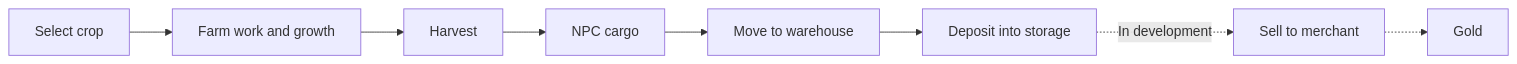
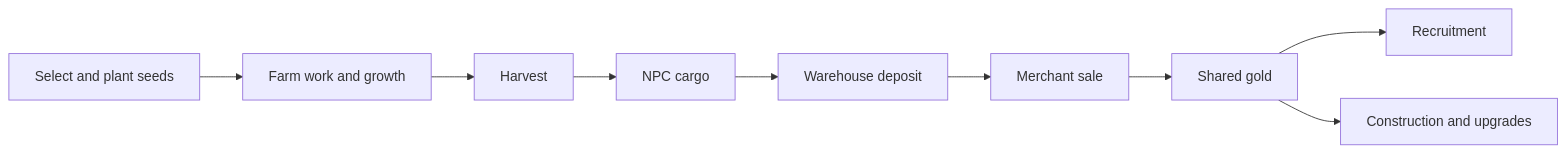
The second of 2 diagrams in README.en.md (Merkatte/NPC_2D_Private), drawn with Mermaid before and after one commit. The commit also changed other lines of this file and 1 other file, not shown here.

````diff
--- a/README.en.md
+++ b/README.en.md
@@ -88,10 +91,11 @@
 ```mermaid
 flowchart LR
-    Select[Select crop] --> Farm[Farm work and growth]
+    Seed[Select and plant seeds] --> Farm[Farm work and growth]
     Farm --> Harvest[Harvest]
     Harvest --> Cargo[NPC cargo]
-    Cargo --> Move[Move to warehouse]
-    Move --> Warehouse[Deposit into storage]
-    Warehouse -. In development .-> Trade[Sell to merchant]
-    Trade -.-> Gold[Gold]
+    Cargo --> Warehouse[Warehouse deposit]
+    Warehouse --> Trade[Merchant sale]
+    Trade --> Gold[Shared gold]
+    Gold --> Recruit[Recruitment]
+    Gold --> Build[Construction and upgrades]
 ```
````
